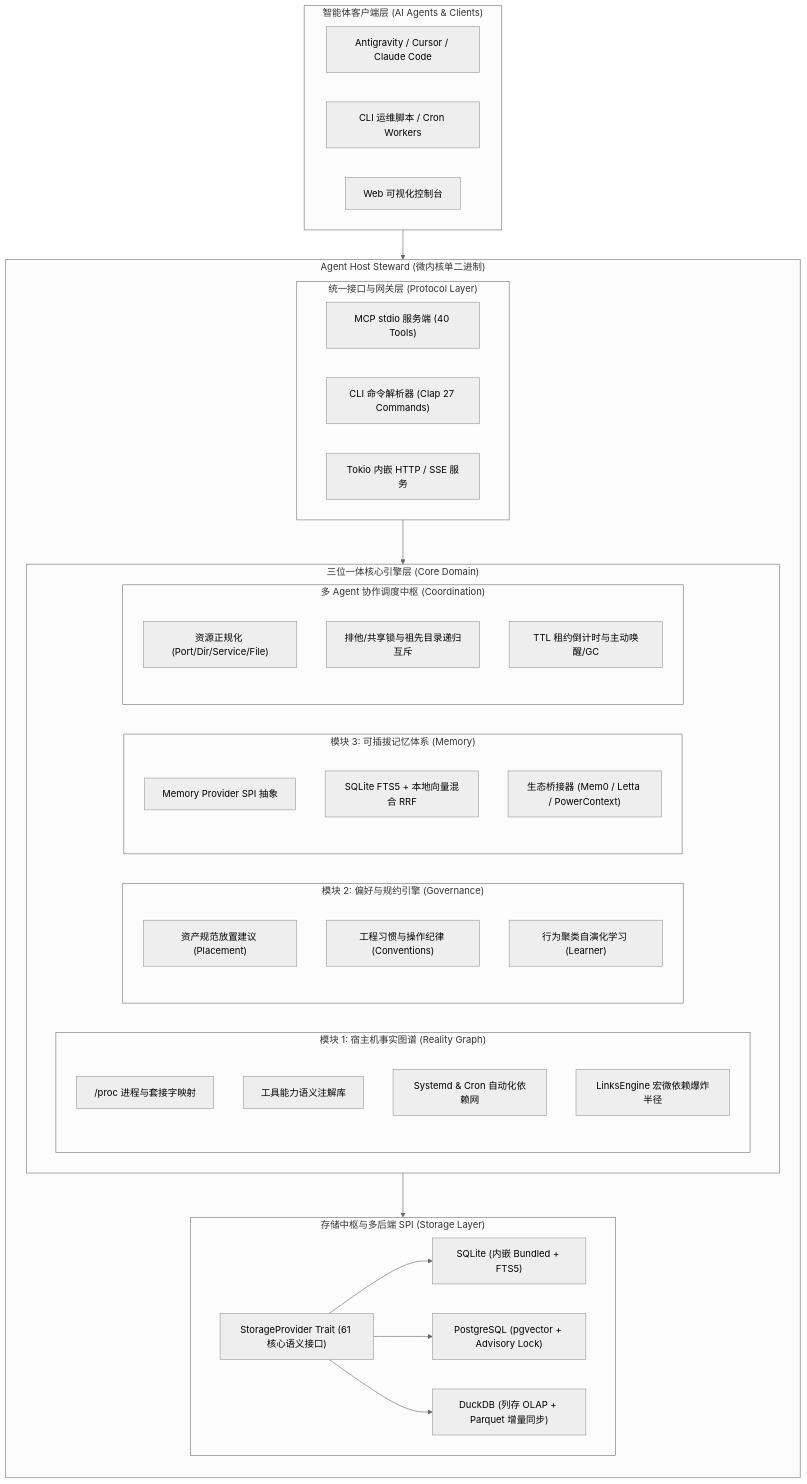
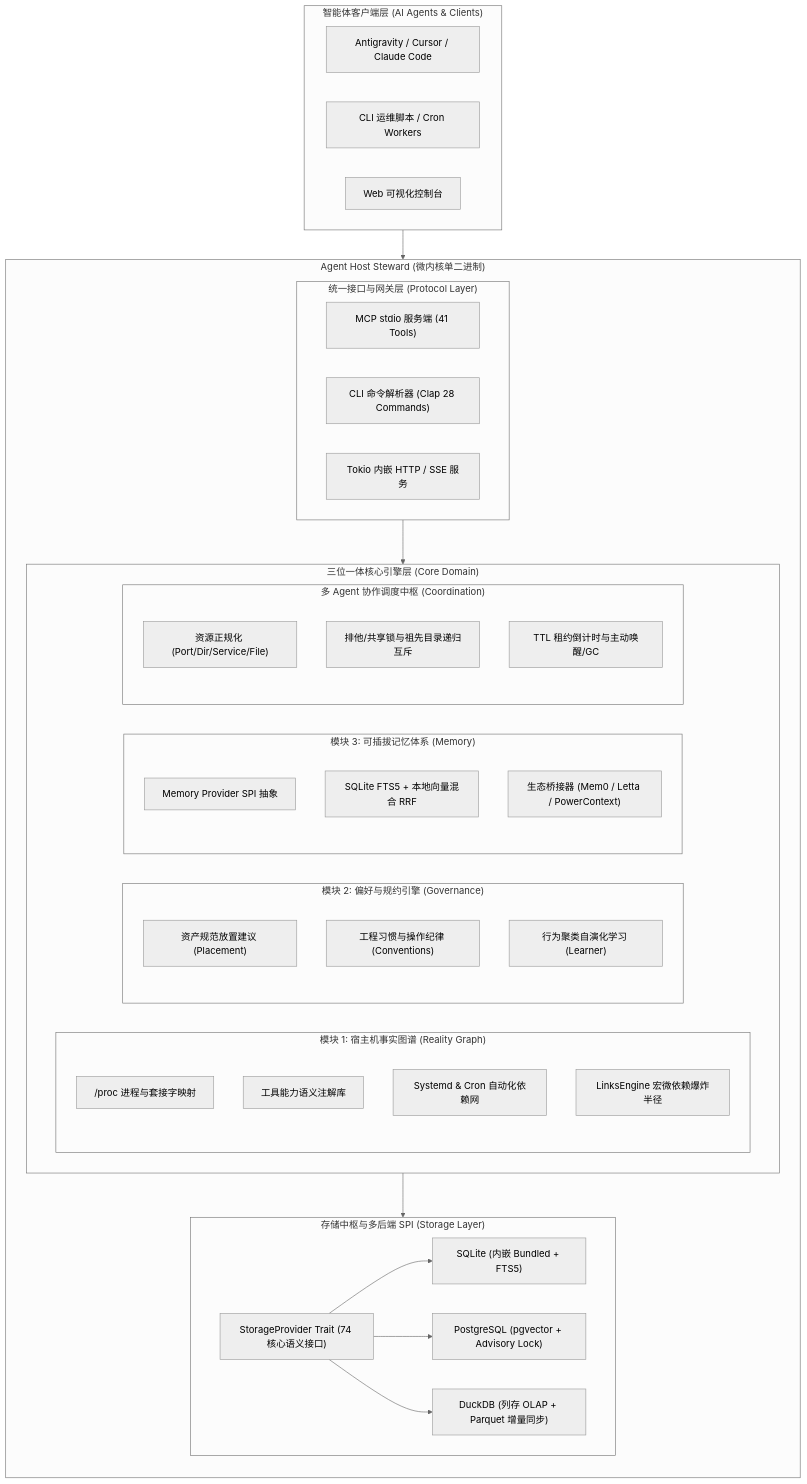
One commit to digoal/agent-body changed the first of 4 diagrams in arch/01-for-architects.md. Above: the diagram before and after it, drawn with Mermaid (neutral theme). The commit also changed other lines of this file and 40 other files, not shown here.

````diff
--- a/arch/01-for-architects.md
+++ b/arch/01-for-architects.md
@@ -40,59 +40,59 @@
 ```mermaid
 graph TD
     subgraph Clients["智能体客户端层 (AI Agents & Clients)"]
         A1["Antigravity / Cursor / Claude Code"]
         A2["CLI 运维脚本 / Cron Workers"]
         A3["Web 可视化控制台"]
     end
 
     subgraph Steward["Agent Host Steward (微内核单二进制)"]
         direction TB
         
         subgraph Protocols["统一接口与网关层 (Protocol Layer)"]
-            P1["MCP stdio 服务端 (40 Tools)"]
-            P2["CLI 命令解析器 (Clap 27 Commands)"]
+            P1["MCP stdio 服务端 (41 Tools)"]
+            P2["CLI 命令解析器 (Clap 28 Commands)"]
             P3["Tokio 内嵌 HTTP / SSE 服务"]
         end
 
         subgraph Core["三位一体核心引擎层 (Core Domain)"]
             subgraph M1["模块 1: 宿主机事实图谱 (Reality Graph)"]
                 F1["/proc 进程与套接字映射"]
                 F2["工具能力语义注解库"]
                 F3["Systemd & Cron 自动化依赖网"]
                 F4["LinksEngine 宏微依赖爆炸半径"]
             end
 
             subgraph M2["模块 2: 偏好与规约引擎 (Governance)"]
                 G1["资产规范放置建议 (Placement)"]
                 G2["工程习惯与操作纪律 (Conventions)"]
                 G3["行为聚类自演化学习 (Learner)"]
             end
 
             subgraph M3["模块 3: 可插拔记忆体系 (Memory)"]
                 Mem1["Memory Provider SPI 抽象"]
                 Mem2["SQLite FTS5 + 本地向量混合 RRF"]
                 Mem3["生态桥接器 (Mem0 / Letta / PowerContext)"]
             end
 
             subgraph Coordination["多 Agent 协作调度中枢 (Coordination)"]
                 C1["资源正规化 (Port/Dir/Service/File)"]
                 C2["排他/共享锁与祖先目录递归互斥"]
                 C3["TTL 租约倒计时与主动唤醒/GC"]
             end
         end
 
         subgraph StorageSPI["存储中枢与多后端 SPI (Storage Layer)"]
-            S_SPI["StorageProvider Trait (61 核心语义接口)"]
+            S_SPI["StorageProvider Trait (74 核心语义接口)"]
             S_SQLITE["SQLite (内嵌 Bundled + FTS5)"]
             S_PG["PostgreSQL (pgvector + Advisory Lock)"]
             S_DUCK["DuckDB (列存 OLAP + Parquet 增量同步)"]
         end
     end
 
     Clients --> Protocols
     Protocols --> Core
     Core --> StorageSPI
     S_SPI --> S_SQLITE
     S_SPI --> S_PG
     S_SPI --> S_DUCK
 ```
````
